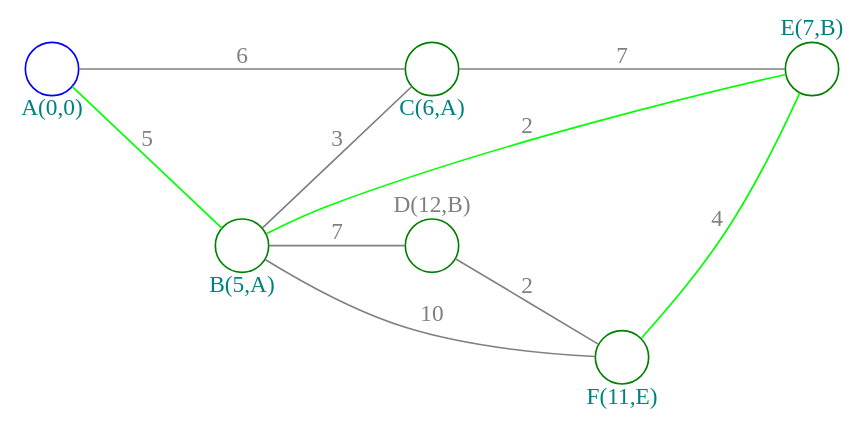
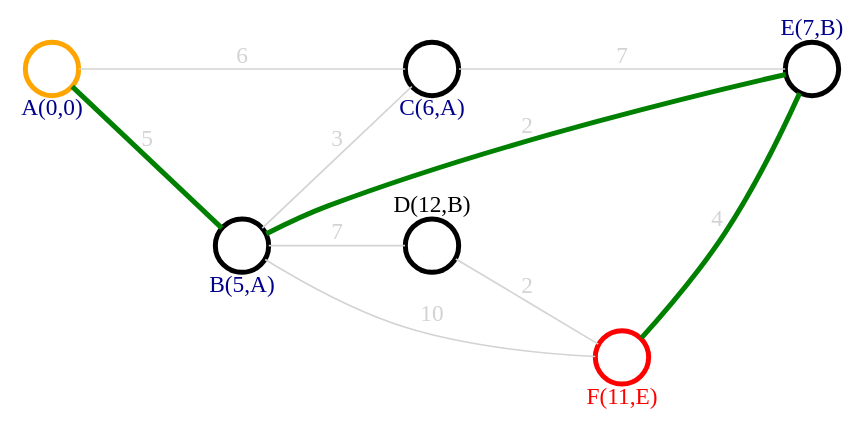
One commit to dgudim2/obsidian_vault changed the sixth of 6 diagrams in uni/Discrete math/Graphs/Graphs - shortest path.md. Above: the diagram before and after it, drawn with Graphviz. The commit also changed other lines of this file and 20 other files, not shown here.

````diff
--- a/uni/Discrete math/Graphs/Graphs - shortest path.md
+++ b/uni/Discrete math/Graphs/Graphs - shortest path.md
@@ -307,43 +313,44 @@
 ```dot 
 graph neato { 
 
 bgcolor="transparent" 
 
 rankdir="LR"
 
-graph [layout = dot, ranksep=1,nodesep=.5] 
+graph [layout = dot, ranksep=1,nodesep=.5]
 
 subgraph cluster_space {
-	graph [peripheries=0]
+	graph [peripheries=0] 
 	
 	node [shape = circle, 
 	      style = filled, 
 	      width=0.45, 
 	      height=0.45, 
-	      color=green, 
-	      fillcolor = white, 
-	      fontcolor=grey,
-	      fixedsize=true] 
+	      color=darkyellow, 
+	      fillcolor=white, 
+	      fontcolor=brightwhite,
+	      fixedsize=true,
+	      penwidth=3] 
 	
-	a [label="\n\n\nA(0,0)",color=blue,fontcolor=teal]
-	b [label="\n\n\nB(5,A)",fontcolor=teal]
-	c [label="\n\n\nC(6,A)",fontcolor=teal]
+	a [label="\n\n\nA(0,0)",color=orange,fontcolor=darkblue]
+	b [label="\n\n\nB(5,A)",color=darkpurple,fontcolor=darkblue]
+	c [label="\n\n\nC(6,A)",color=darkpurple,fontcolor=darkblue]
 	d [label="D(12,B)\n\n\n\n"]
-	e [label="E(7,B)\n\n\n\n",fontcolor=teal]
-	f [label="\n\n\nF(11,E)",fontcolor=teal]
+	e [label="E(7,B)\n\n\n\n",color=darkpurple,fontcolor=darkblue]
+	f [label="\n\n\nF(11,E)",color=red,fontcolor=red]
 	
-	edge [color = grey, fontcolor=grey] 
+	edge [color=lightgray, fontcolor=lightgray] 
 	
-	a -- b [label="5",weight=5,color=lime]
+	a -- b [label="5",weight=5,color=green,penwidth=3]
 	a -- c [label="6",weight=6]
-	b -- e [label="2",weight=2,color=lime]
+	b -- e [label="2",weight=2,color=green,penwidth=3]
 	b -- f [label="10",weight=10]
 	b -- c [label="3",weight=3]
 	b -- d [label="7",weight=7]
 	c -- e [label="7",weight=7]
 	d -- f [label="2",weight=2]
-	f -- e [label="4",weight=4,color=lime]
+	f -- e [label="4",weight=4,color=green,penwidth=3]
 	
 	}
 } 
 ```
````
